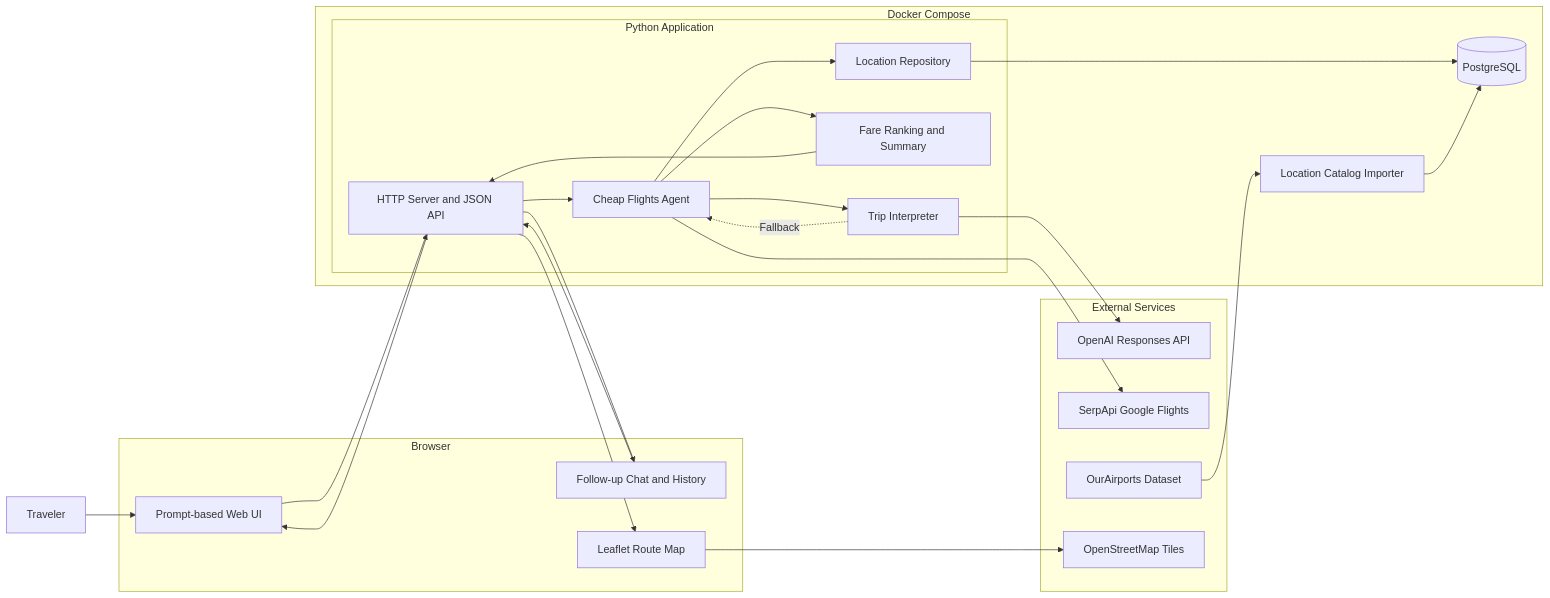
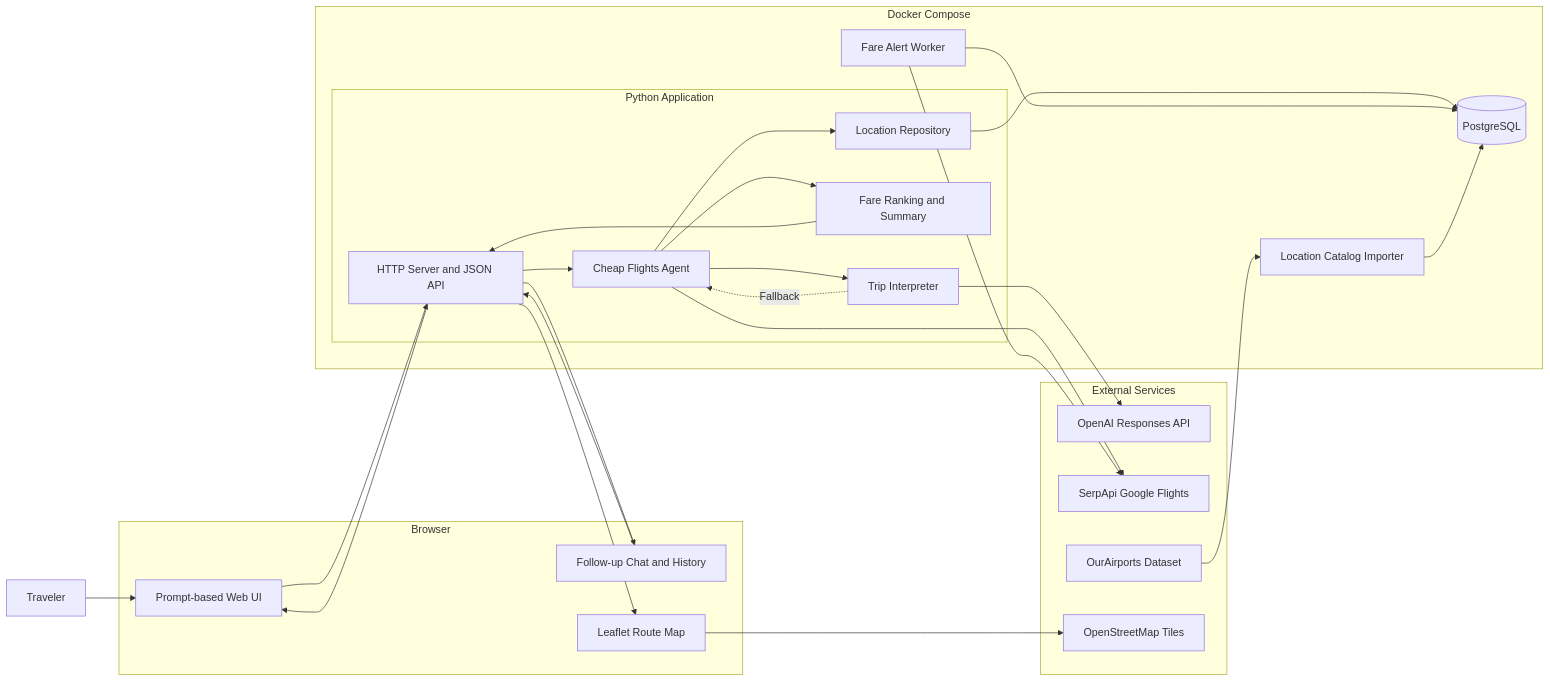
Before and after one commit to prasadswamy454/cheap-flights-agent: the diagram in docs/architecture.md, drawn with Mermaid. The commit also changed other lines of this file and 9 other files, not shown here.

Commit message:
Add persistent fare alerts

````diff
--- a/docs/architecture.md
+++ b/docs/architecture.md
@@ -3,53 +3,56 @@
 ```mermaid
 flowchart LR
     user["Traveler"]
 
     subgraph browser["Browser"]
         ui["Prompt-based Web UI"]
         chat["Follow-up Chat and History"]
         map["Leaflet Route Map"]
     end
 
     subgraph docker["Docker Compose"]
         subgraph app["Python Application"]
             web["HTTP Server and JSON API"]
             agent["Cheap Flights Agent"]
             interpreter["Trip Interpreter"]
             ranking["Fare Ranking and Summary"]
             locationRepo["Location Repository"]
         end
 
         importer["Location Catalog Importer"]
+        alerts["Fare Alert Worker"]
         postgres[("PostgreSQL")]
     end
 
     subgraph external["External Services"]
         openai["OpenAI Responses API"]
         serpapi["SerpApi Google Flights"]
         airports["OurAirports Dataset"]
         osm["OpenStreetMap Tiles"]
     end
 
     user --> ui
     ui --> web
     chat --> web
 
     web --> agent
     agent --> interpreter
     interpreter --> openai
     interpreter -. "Fallback" .-> agent
 
     agent --> locationRepo
     locationRepo --> postgres
     agent --> serpapi
     agent --> ranking
     ranking --> web
+    alerts --> serpapi
+    alerts --> postgres
 
     web --> ui
     web --> chat
     web --> map
     map --> osm
 
     airports --> importer
     importer --> postgres
 ```
````
